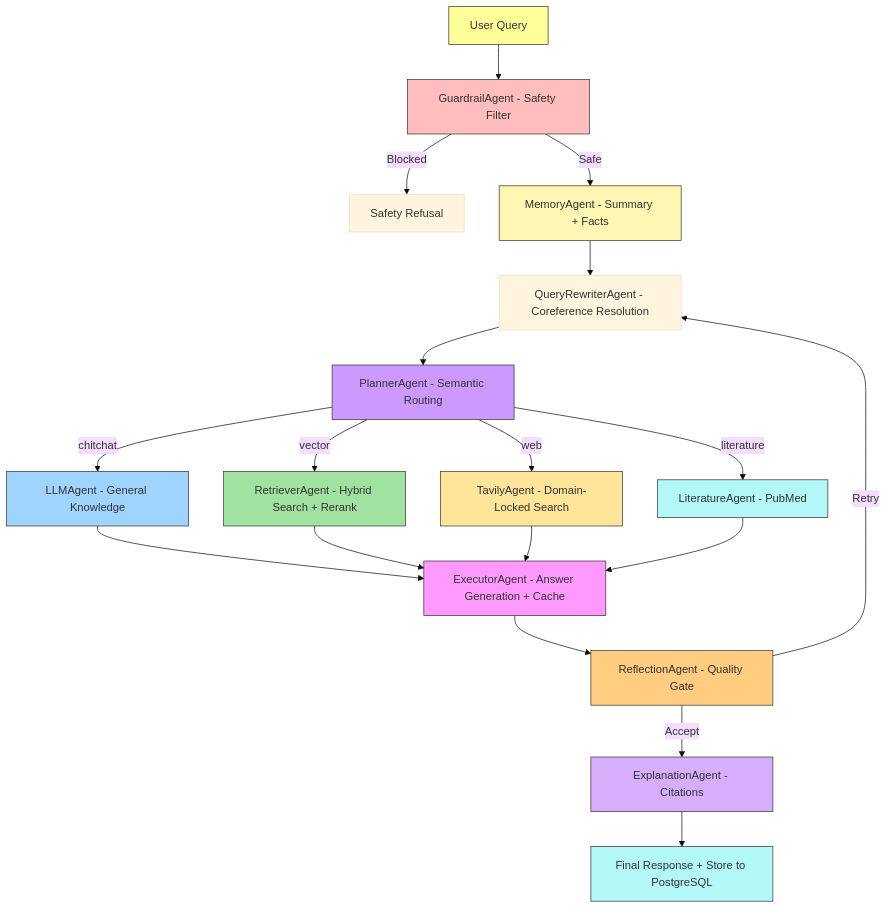
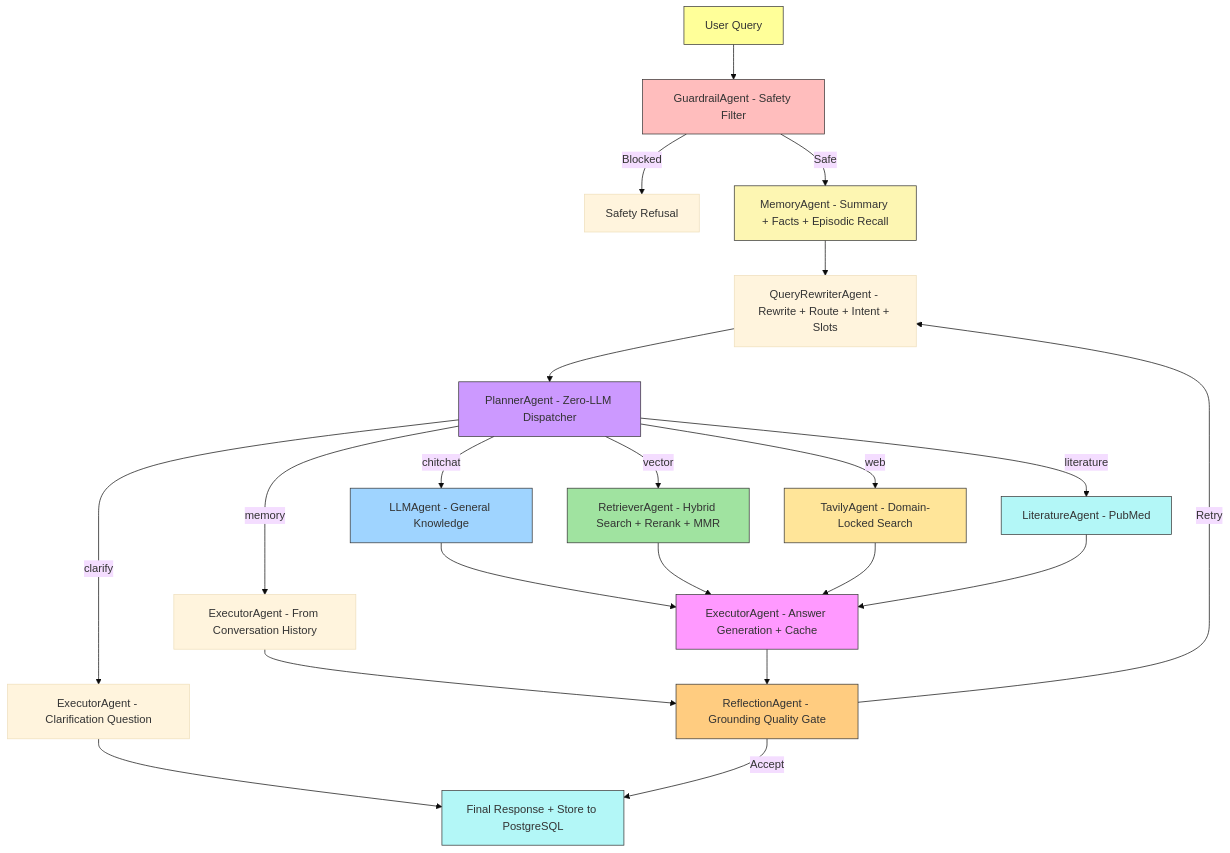
One commit to Toughcookie28-web/RealCare changed the diagram in README.md. Above: the diagram before and after it, drawn with Mermaid (base theme). The commit also changed other lines of this file, not shown here.

````diff
--- a/README.md
+++ b/README.md
@@ -61,37 +64,39 @@
 ```mermaid
 graph TD
     A[User Query] --> B[GuardrailAgent - Safety Filter]
     B -->|Blocked| Z[Safety Refusal]
-    B -->|Safe| C[MemoryAgent - Summary + Facts]
+    B -->|Safe| C[MemoryAgent - Summary + Facts + Episodic Recall]
 
-    C --> D[QueryRewriterAgent - Coreference Resolution]
-    D --> E[PlannerAgent - Semantic Routing]
+    C --> D[QueryRewriterAgent - Rewrite + Route + Intent + Slots]
+    D --> E[PlannerAgent - Zero-LLM Dispatcher]
 
+    E -->|clarify| FC[ExecutorAgent - Clarification Question]
     E -->|chitchat| F[LLMAgent - General Knowledge]
-    E -->|vector| G[RetrieverAgent - Hybrid Search + Rerank]
+    E -->|memory| FM[ExecutorAgent - From Conversation History]
+    E -->|vector| G[RetrieverAgent - Hybrid Search + Rerank + MMR]
     E -->|web| H[TavilyAgent - Domain-Locked Search]
     E -->|literature| I[LiteratureAgent - PubMed]
 
+    FC --> N[Final Response + Store to PostgreSQL]
+    FM --> K
     F --> J[ExecutorAgent - Answer Generation + Cache]
     G --> J
     H --> J
     I --> J
 
-    J --> K[ReflectionAgent - Quality Gate]
+    J --> K[ReflectionAgent - Grounding Quality Gate]
     K -->|Retry| D
-    K -->|Accept| L[ExplanationAgent - Citations]
-    L --> M[Final Response + Store to PostgreSQL]
+    K -->|Accept| N[Final Response + Store to PostgreSQL]
 
     style A fill:#ff9,stroke:#333
     style B fill:#ffbdbd,stroke:#333
     style C fill:#fdf6b2,stroke:#333
     style E fill:#c9f,stroke:#333
     style G fill:#a0e3a0,stroke:#333
     style F fill:#9fd4ff,stroke:#333
     style H fill:#ffe599,stroke:#333
     style I fill:#b3f7f7,stroke:#333
     style J fill:#f9f,stroke:#333
     style K fill:#ffcc80,stroke:#333
-    style L fill:#d7aefb,stroke:#333
-    style M fill:#b3f7f7,stroke:#333
+    style N fill:#b3f7f7,stroke:#333
 ```
````
